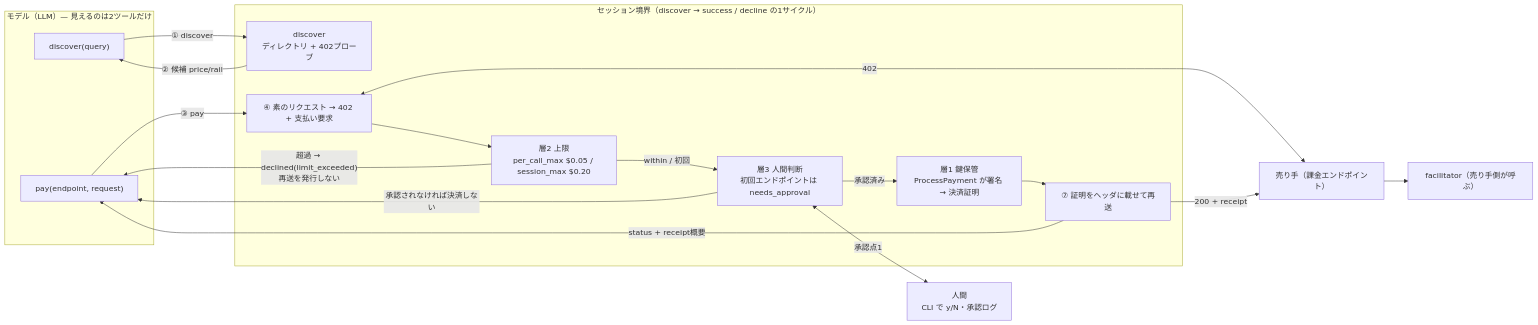
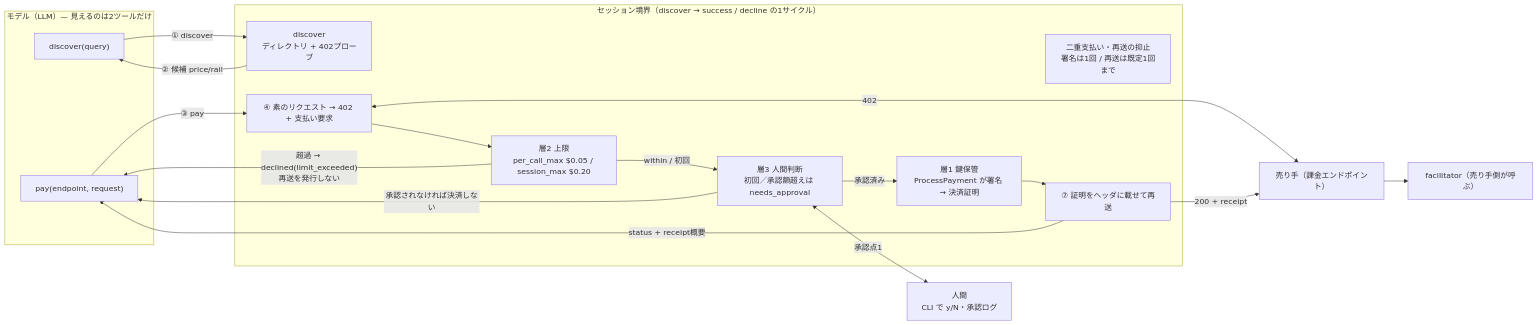
The diagram in docs/session-boundary.md (kato9292929/AWS-AgentCore-Payments), drawn with Mermaid before and after one commit. The commit also changed other lines of this file and 55 other files, not shown here.

````diff
--- a/docs/session-boundary.md
+++ b/docs/session-boundary.md
@@ -7,35 +7,36 @@
 ```mermaid
 flowchart LR
   subgraph M["モデル（LLM）— 見えるのは2ツールだけ"]
     T1["discover(query)"]
     T2["pay(endpoint, request)"]
   end
 
   subgraph S["セッション境界（discover → success / decline の1サイクル）"]
     D["discover<br/>ディレクトリ + 402プローブ"]
     P4["④ 素のリクエスト → 402 + 支払い要求"]
     L2["層2 上限<br/>per_call_max $0.05 / session_max $0.20"]
-    L3["層3 人間判断<br/>初回エンドポイントは needs_approval"]
+    L3["層3 人間判断<br/>初回／承認額超えは needs_approval"]
     L1["層1 鍵保管<br/>ProcessPayment が署名 → 決済証明"]
+    DG["二重支払い・再送の抑止<br/>署名は1回 / 再送は既定1回まで"]
     RT["⑦ 証明をヘッダに載せて再送"]
   end
 
   H["人間<br/>CLI で y/N・承認ログ"]
   SV["売り手（課金エンドポイント）"]
   F["facilitator（売り手側が呼ぶ）"]
 
   T1 -->|"① discover"| D
   D -->|"② 候補 price/rail"| T1
   T2 -->|"③ pay"| P4
   P4 <-->|"402"| SV
   P4 --> L2
   L2 -->|"超過 → declined(limit_exceeded)<br/>再送を発行しない"| T2
   L2 -->|"within / 初回"| L3
   L3 <-->|"承認点1"| H
   L3 -->|"承認されなければ決済しない"| T2
   L3 -->|"承認済み"| L1
   L1 --> RT
   RT -->|"200 + receipt"| SV
   SV --> F
   RT -->|"status + receipt概要"| T2
 ```
````
